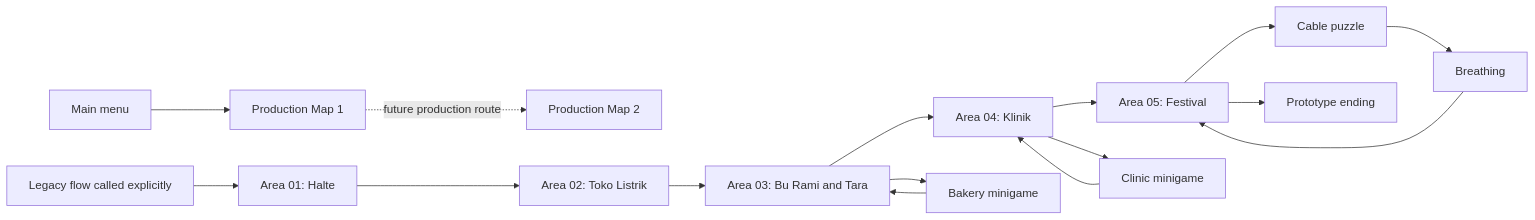
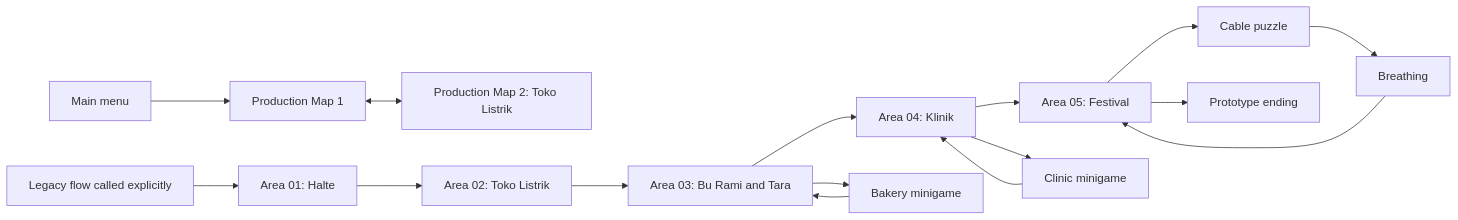
The diagram in GDD_AND_AI_HANDOFF.md (ZackAreNot/BeforeTheStreetLights), drawn with Mermaid before and after one commit. The commit also changed other lines of this file and 17 other files, not shown here.

````diff
--- a/GDD_AND_AI_HANDOFF.md
+++ b/GDD_AND_AI_HANDOFF.md
@@ -540,18 +540,18 @@
 ```mermaid
 flowchart LR
     M["Main menu"] --> P1["Production Map 1"]
-    P1 -. "future production route" .-> P2["Production Map 2"]
+    P1 <--> P2["Production Map 2: Toko Listrik"]
     L["Legacy flow called explicitly"] --> A1["Area 01: Halte"]
     A1 --> A2["Area 02: Toko Listrik"]
     A2 --> A3["Area 03: Bu Rami and Tara"]
     A3 --> A4["Area 04: Klinik"]
     A4 --> A5["Area 05: Festival"]
     A3 --> B["Bakery minigame"]
     B --> A3
     A4 --> C["Clinic minigame"]
     C --> A4
     A5 --> D["Cable puzzle"]
     D --> E["Breathing"]
     E --> A5
     A5 --> F["Prototype ending"]
 ```
````
